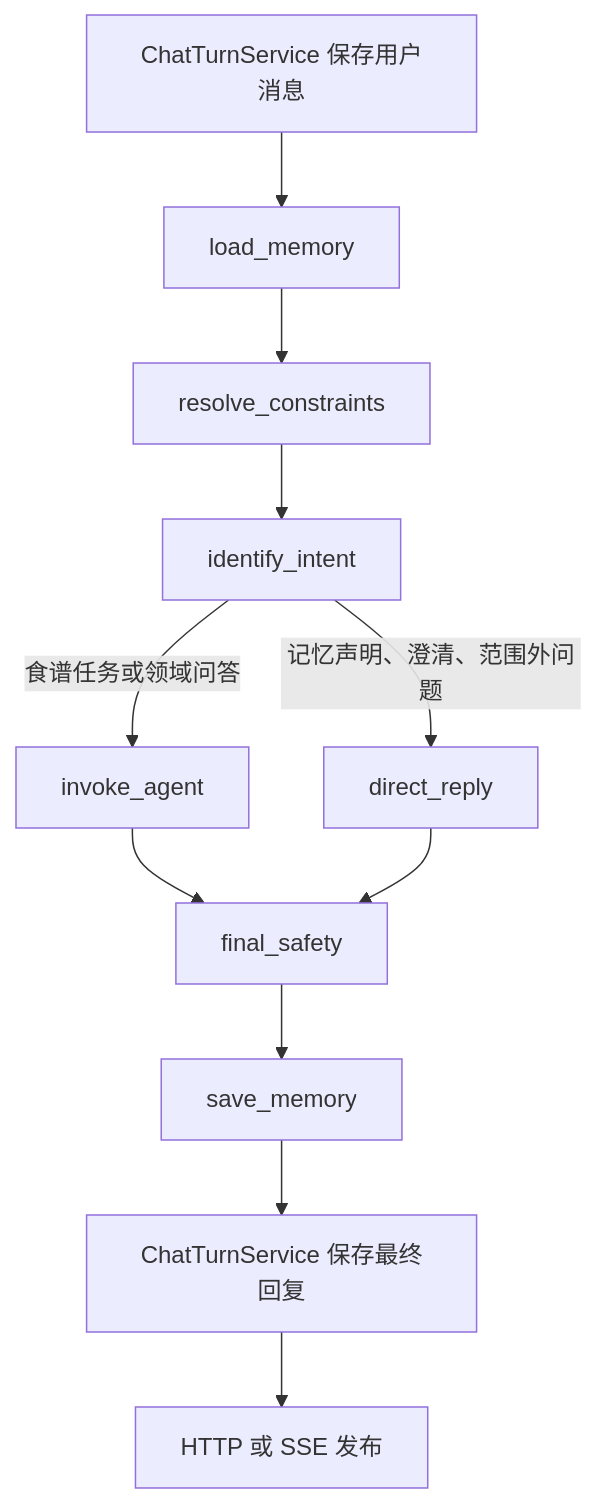
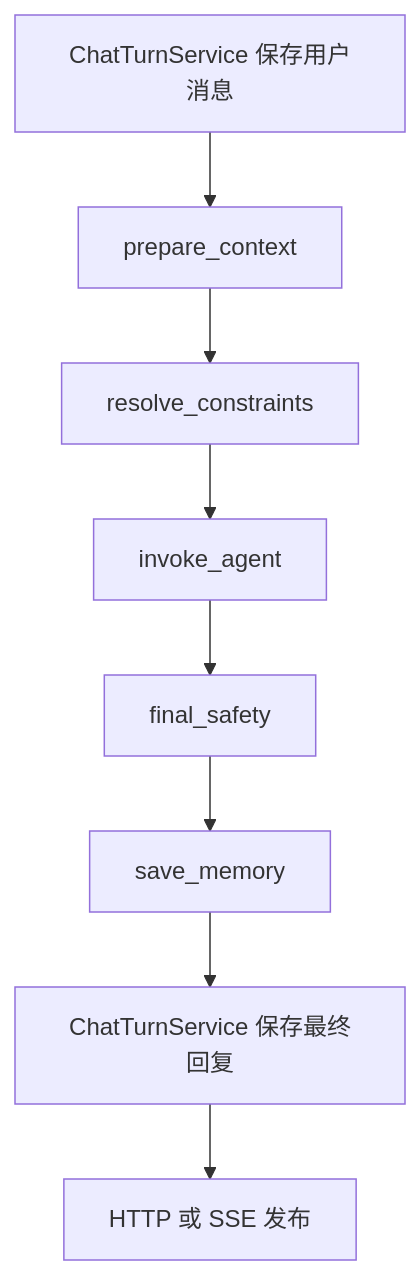
One commit to AQApplePie/Safe-Meal-Agent changed the first of 2 diagrams in docs/architecture.md. Above: the diagram before and after it, drawn with Mermaid. The commit also changed other lines of this file and 163 other files, not shown here.

````diff
--- a/docs/architecture.md
+++ b/docs/architecture.md
@@ -45,13 +45,10 @@
 ```mermaid
 flowchart TD
-    P[ChatTurnService 保存用户消息] --> L[load_memory]
+    P[ChatTurnService 保存用户消息] --> L[prepare_context]
     L --> C[resolve_constraints]
-    C --> I[identify_intent]
-    I -->|食谱任务或领域问答| A[invoke_agent]
-    I -->|记忆声明、澄清、范围外问题| D[direct_reply]
+    C --> A[invoke_agent]
     A --> S[final_safety]
-    D --> S
     S --> M[save_memory]
     M --> R[ChatTurnService 保存最终回复]
     R --> U[HTTP 或 SSE 发布]
 ```
````
